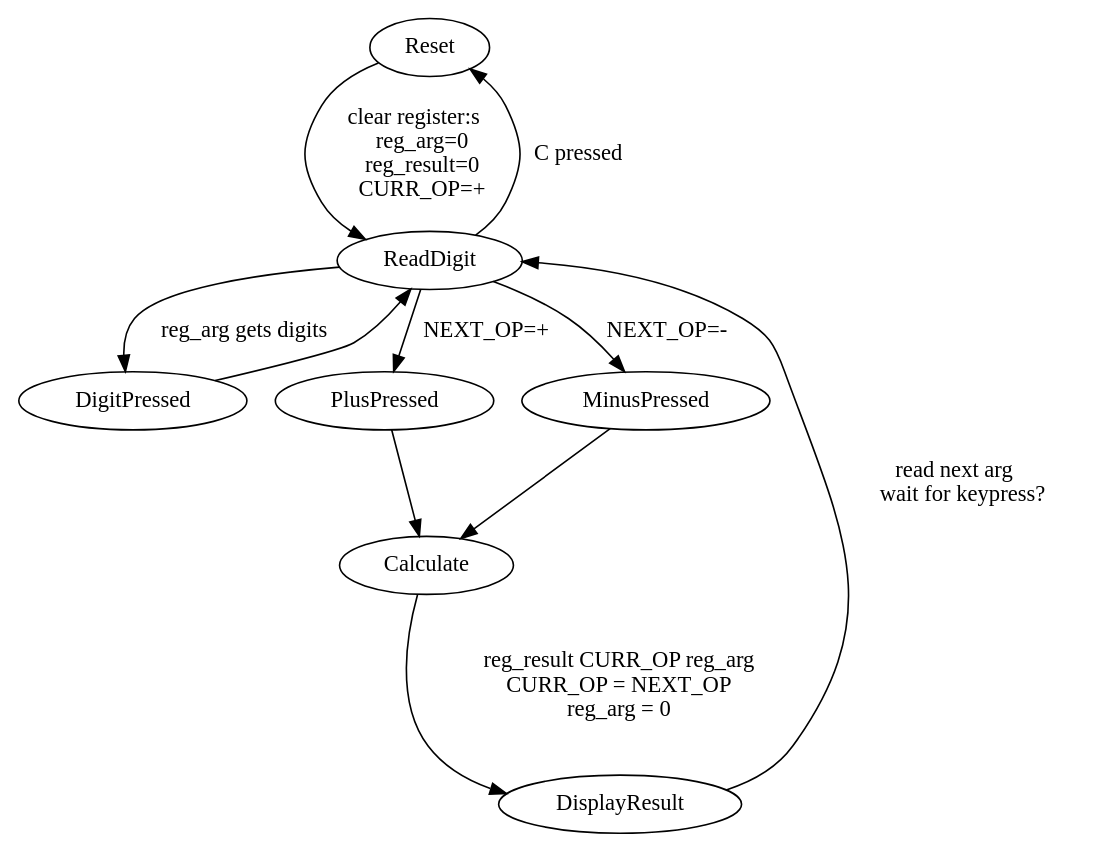
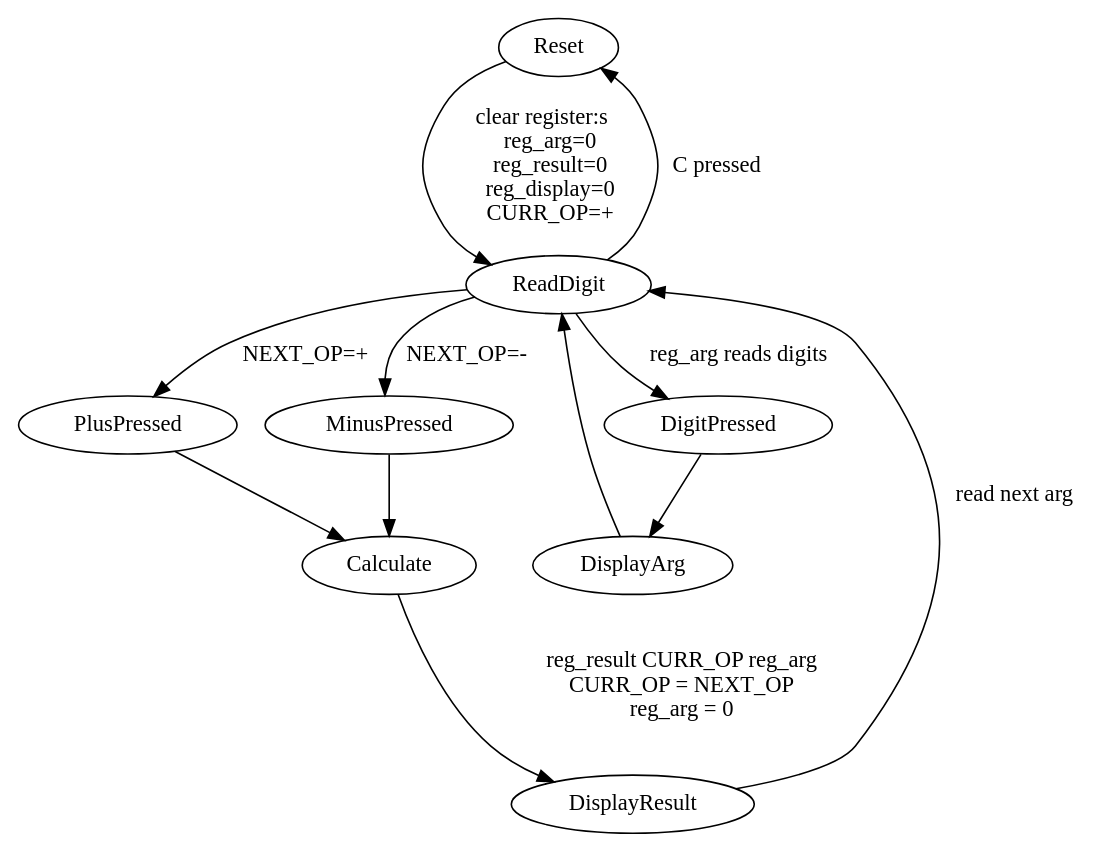
The diagram in assets/hardware-adventures-5-input-state-machine.dot (jborza/jborza.github.io), drawn with Graphviz before and after one commit.

Commit message:
hw5 - calc diagram

```diff
--- a/assets/hardware-adventures-5-input-state-machine.dot
+++ b/assets/hardware-adventures-5-input-state-machine.dot
@@ -1,28 +1,28 @@
 digraph{
     #rankdir=LR
-    #{ rank=same; ReadDigit1; ReadDigit2; ReadDigit3 };
+    #{ rank=same; ReadDigit };
     #{ rank=same; PlusPressed; MinusPressed; DigitPressed};
+    #{ rank=same; DisplayArg; DisplayResult};
+    #{ rank=same; Reset; Calculate}
 
     Reset->ReadDigit [label="clear register:s
     reg_arg=0
     reg_result=0
+    reg_display=0
     CURR_OP=+"]
-    ReadDigit->DigitPressed[label="reg_arg gets digits"]
-    DigitPressed->ReadDigit
-    #ReadDigit2->ReadDigit3
+    ReadDigit->DigitPressed[label="reg_arg reads digits"]
+    DigitPressed->DisplayArg
+    DisplayArg->ReadDigit
     ReadDigit->PlusPressed [label="NEXT_OP=+"]
     ReadDigit->MinusPressed [label="NEXT_OP=-"]
     ReadDigit->Reset [label="C pressed"]
-    #ReadDigit2->PlusPressed [label="+-"]
-    #ReadDigit3->PlusPressed [label="+-"]
     PlusPressed->Calculate 
     MinusPressed->Calculate 
     Calculate->DisplayResult [label="
     reg_result CURR_OP reg_arg
     CURR_OP = NEXT_OP
     reg_arg = 0
     "]
-    DisplayResult->ReadDigit [label="read next arg
-    wait for keypress?"]
+    DisplayResult->ReadDigit [label="read next arg"]
 
 }
```
